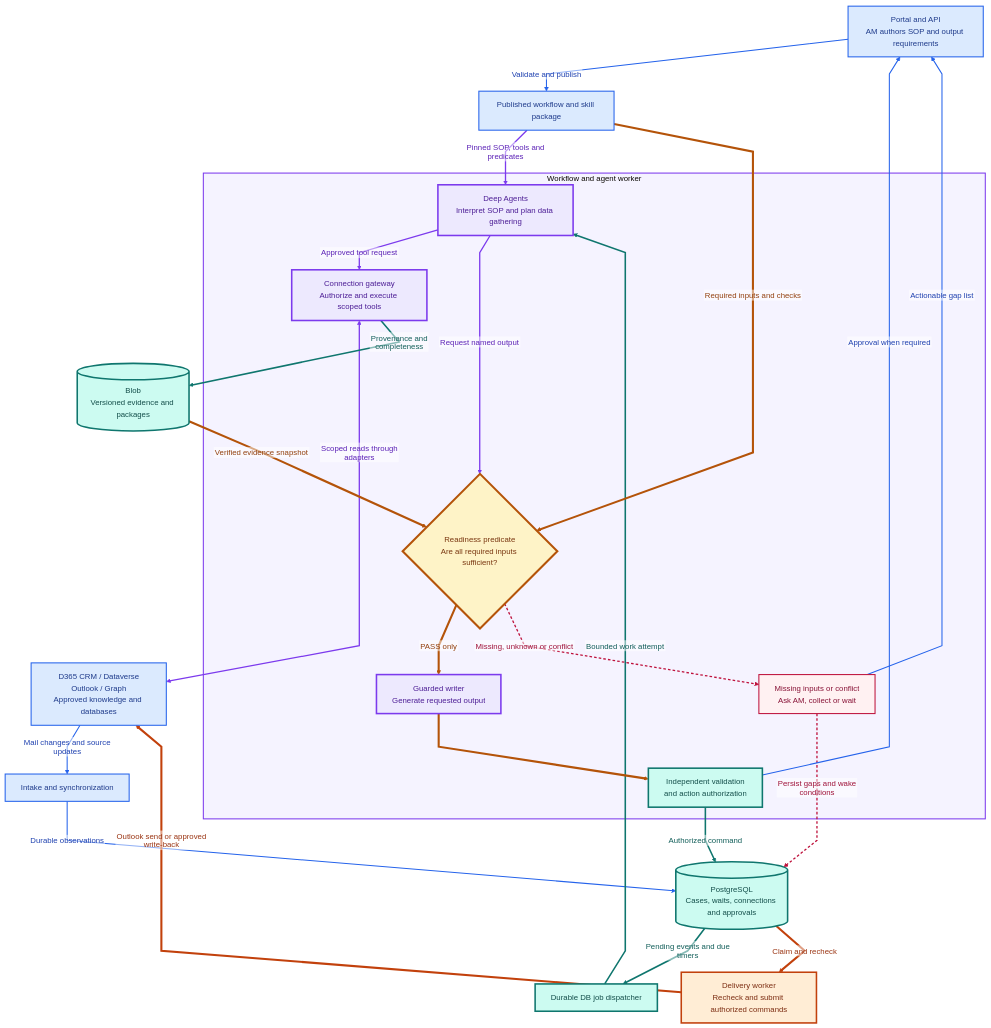
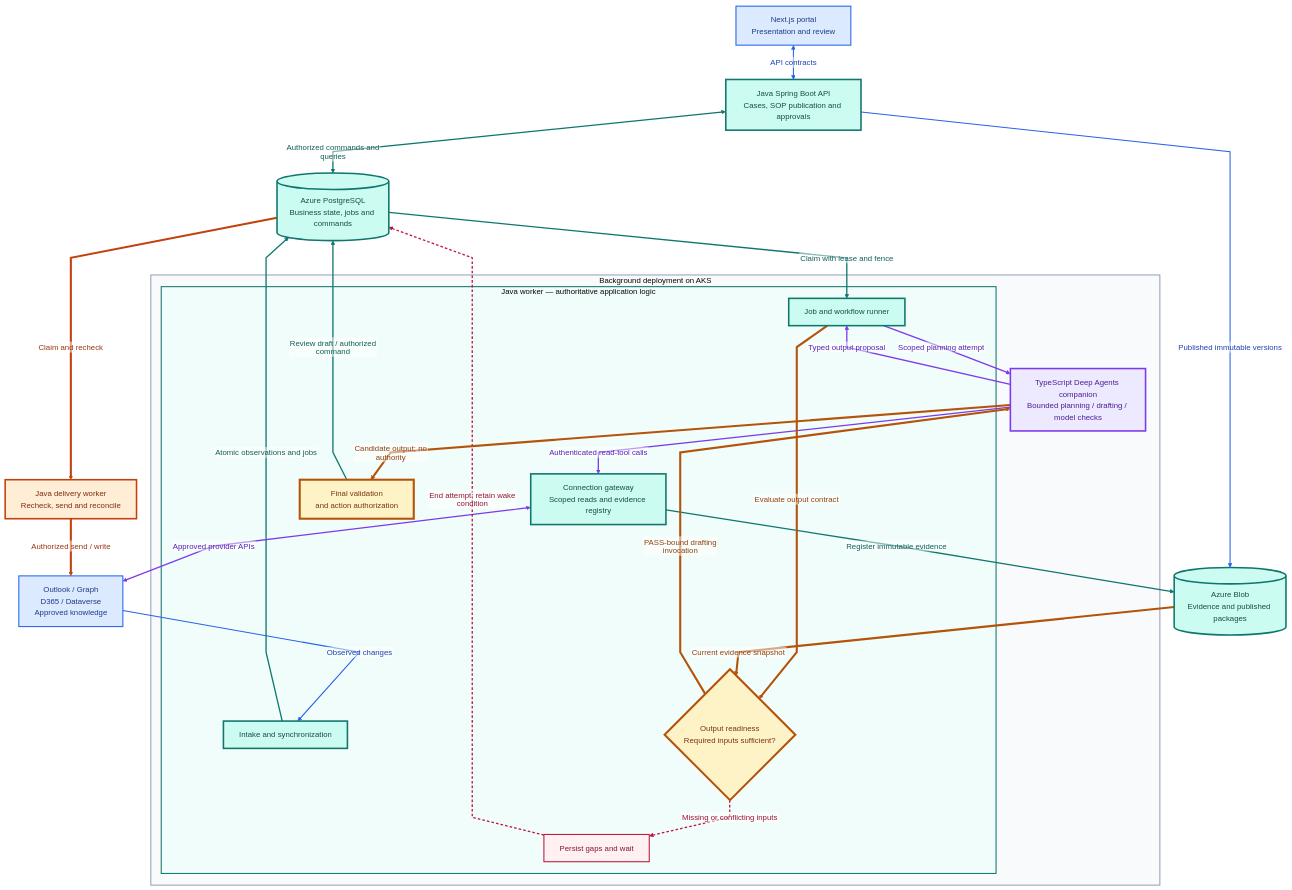
Before and after one commit to realAaronWu/aam: the first of 3 diagrams in openspec/changes/establish-aam-platform/design.md, drawn with Mermaid. The commit also changed other lines of this file and 9 other files, not shown here.

Commit message:
Refine architecture for Java core and bounded Deep Agents companion

````diff
--- a/openspec/changes/establish-aam-platform/design.md
+++ b/openspec/changes/establish-aam-platform/design.md
@@ -17,62 +17,61 @@
 ```mermaid
 %%{init: {"theme": "base", "themeVariables": {"fontFamily": "Arial, sans-serif", "fontSize": "15px", "edgeLabelBackground": "#ffffff"}, "flowchart": {"htmlLabels": false, "curve": "linear", "nodeSpacing": 35, "rankSpacing": 45}}}%%
 flowchart TB
-  API[Portal and API<br/>AM authors SOP and output requirements]
-  PACKAGE[Published workflow and skill package]
-  INTAKE[Intake and synchronization]
-  SOURCES[D365 CRM / Dataverse<br/>Outlook / Graph<br/>Approved knowledge and databases]
-  DB[(PostgreSQL<br/>Cases, waits, connections and approvals)]
-  EXEC[Durable DB job dispatcher]
-  BLOB[(Blob<br/>Versioned evidence and packages)]
-  subgraph WORKER[Workflow and agent worker]
-    AGENT[Deep Agents<br/>Interpret SOP and plan data gathering]
-    TOOLS[Connection gateway<br/>Authorize and execute scoped tools]
-    GATE{Readiness predicate<br/>Are all required inputs sufficient?}
-    WRITER[Guarded writer<br/>Generate requested output]
-    VALID[Independent validation<br/>and action authorization]
-    HOLD[Missing inputs or conflict<br/>Ask AM, collect or wait]
+  PORTAL[Next.js portal<br/>Presentation and review]
+  API[Java Spring Boot API<br/>Cases, SOP publication and approvals]
+  DB[(Azure PostgreSQL<br/>Business state, jobs and commands)]
+  BLOB[(Azure Blob<br/>Evidence and published packages)]
+  EXT[Outlook / Graph<br/>D365 / Dataverse<br/>Approved knowledge]
+  subgraph POD[Background deployment on AKS]
+    subgraph JAVA[Java worker — authoritative application logic]
+      INTAKE[Intake and synchronization]
+      JOB[Job and workflow runner]
+      TOOLS[Connection gateway<br/>Scoped reads and evidence registry]
+      GATE{Output readiness<br/>Required inputs sufficient?}
+      VALID[Final validation<br/>and action authorization]
+      HOLD[Persist gaps and wait]
+    end
+    AGENT[TypeScript Deep Agents companion<br/>Bounded planning / drafting / model checks]
   end
-  DELIVERY[Delivery worker<br/>Recheck and submit authorized commands]
-  API -->|Validate and publish| PACKAGE
-  PACKAGE -->|Pinned SOP, tools and predicates| AGENT
-  SOURCES -->|Mail changes and source updates| INTAKE
-  INTAKE -->|Durable observations| DB
-  DB -->|Pending events and due timers| EXEC
-  EXEC -->|Bounded work attempt| AGENT
-  AGENT -->|Approved tool request| TOOLS
-  TOOLS <-->|Scoped reads through adapters| SOURCES
-  TOOLS -->|Provenance and completeness| BLOB
-  AGENT -->|Request named output| GATE
-  BLOB -->|Verified evidence snapshot| GATE
-  PACKAGE -->|Required inputs and checks| GATE
-  GATE -->|PASS only| WRITER
-  GATE -->|Missing, unknown or conflict| HOLD
-  HOLD -->|Persist gaps and wake conditions| DB
-  HOLD -->|Actionable gap list| API
-  WRITER --> VALID
-  VALID -->|Approval when required| API
-  VALID -->|Authorized command| DB
+  DELIVERY[Java delivery worker<br/>Recheck, send and reconcile]
+  PORTAL <-->|API contracts| API
+  API <-->|Authorized commands and queries| DB
+  API -->|Published immutable versions| BLOB
+  EXT -->|Observed changes| INTAKE
+  INTAKE -->|Atomic observations and jobs| DB
+  DB -->|Claim with lease and fence| JOB
+  JOB -->|Scoped planning attempt| AGENT
+  AGENT -->|Authenticated read-tool calls| TOOLS
+  TOOLS <-->|Approved provider APIs| EXT
+  TOOLS -->|Register immutable evidence| BLOB
+  AGENT -->|Typed output proposal| JOB
+  JOB -->|Evaluate output contract| GATE
+  BLOB -->|Current evidence snapshot| GATE
+  GATE ==>|PASS-bound drafting invocation| AGENT
+  GATE -.->|Missing or conflicting inputs| HOLD
+  HOLD -->|End attempt; retain wake condition| DB
+  AGENT -->|Candidate output; no authority| VALID
+  VALID -->|Review draft / authorized command| DB
   DB -->|Claim and recheck| DELIVERY
-  DELIVERY -->|Outlook send or approved write-back| SOURCES
-
-  classDef default fill:#f8fafc,stroke:#94a3b8,color:#172033,stroke-width:1.5px
-  classDef control fill:#dbeafe,stroke:#2563eb,color:#1e3a8a,stroke-width:2px
+  DELIVERY -->|Authorized send / write| EXT
+  classDef ui fill:#dbeafe,stroke:#2563eb,color:#1e3a8a,stroke-width:2px
+  classDef core fill:#ccfbf1,stroke:#0f766e,color:#134e4a,stroke-width:3px
   classDef agent fill:#ede9fe,stroke:#7c3aed,color:#4c1d95,stroke-width:3px
   classDef gate fill:#fef3c7,stroke:#b45309,color:#78350f,stroke-width:4px
-  classDef state fill:#ccfbf1,stroke:#0f766e,color:#134e4a,stroke-width:3px
   classDef hold fill:#fff1f2,stroke:#be123c,color:#881337,stroke-width:2px
   classDef delivery fill:#ffedd5,stroke:#c2410c,color:#7c2d12,stroke-width:3px
-  class API,PACKAGE,INTAKE,SOURCES control
-  class AGENT,TOOLS,WRITER agent
-  class GATE gate
-  class DB,EXEC,BLOB,VALID state
+  class PORTAL,EXT ui
+  class API,INTAKE,JOB,TOOLS,DB,BLOB core
+  class AGENT agent
+  class GATE,VALID gate
   class HOLD hold
   class DELIVERY delivery
-  style WORKER fill:#f5f3ff,stroke:#7c3aed,stroke-width:2px
-  linkStyle 0,2,3,15,17 stroke:#2563eb,stroke-width:2px,color:#1e40af
-  linkStyle 1,6,7,9 stroke:#7c3aed,stroke-width:2.5px,color:#5b21b6
-  linkStyle 4,5,8,18 stroke:#0f766e,stroke-width:3px,color:#115e59
-  linkStyle 10,11,12,16 stroke:#b45309,stroke-width:4px,color:#92400e
-  linkStyle 13,14 stroke:#be123c,stroke-width:2.5px,stroke-dasharray:5 4,color:#9f1239
-  linkStyle 19,20 stroke:#c2410c,stroke-width:4px,color:#9a3412
+  style POD fill:#f8fafc,stroke:#94a3b8,stroke-width:2px
+  style JAVA fill:#f0fdfa,stroke:#0f766e,stroke-width:2px
+  linkStyle 0,2,3 stroke:#2563eb,stroke-width:2px,color:#1e40af
+  linkStyle 1,4,5,9,17 stroke:#0f766e,stroke-width:2.5px,color:#115e59
+  linkStyle 6,7,8,10 stroke:#7c3aed,stroke-width:2.5px,color:#5b21b6
+  linkStyle 11,12,13,16 stroke:#b45309,stroke-width:4px,color:#92400e
+  linkStyle 14,15 stroke:#be123c,stroke-width:2.5px,stroke-dasharray:5 4,color:#9f1239
+  linkStyle 18,19 stroke:#c2410c,stroke-width:4px,color:#9a3412
 ```
````
